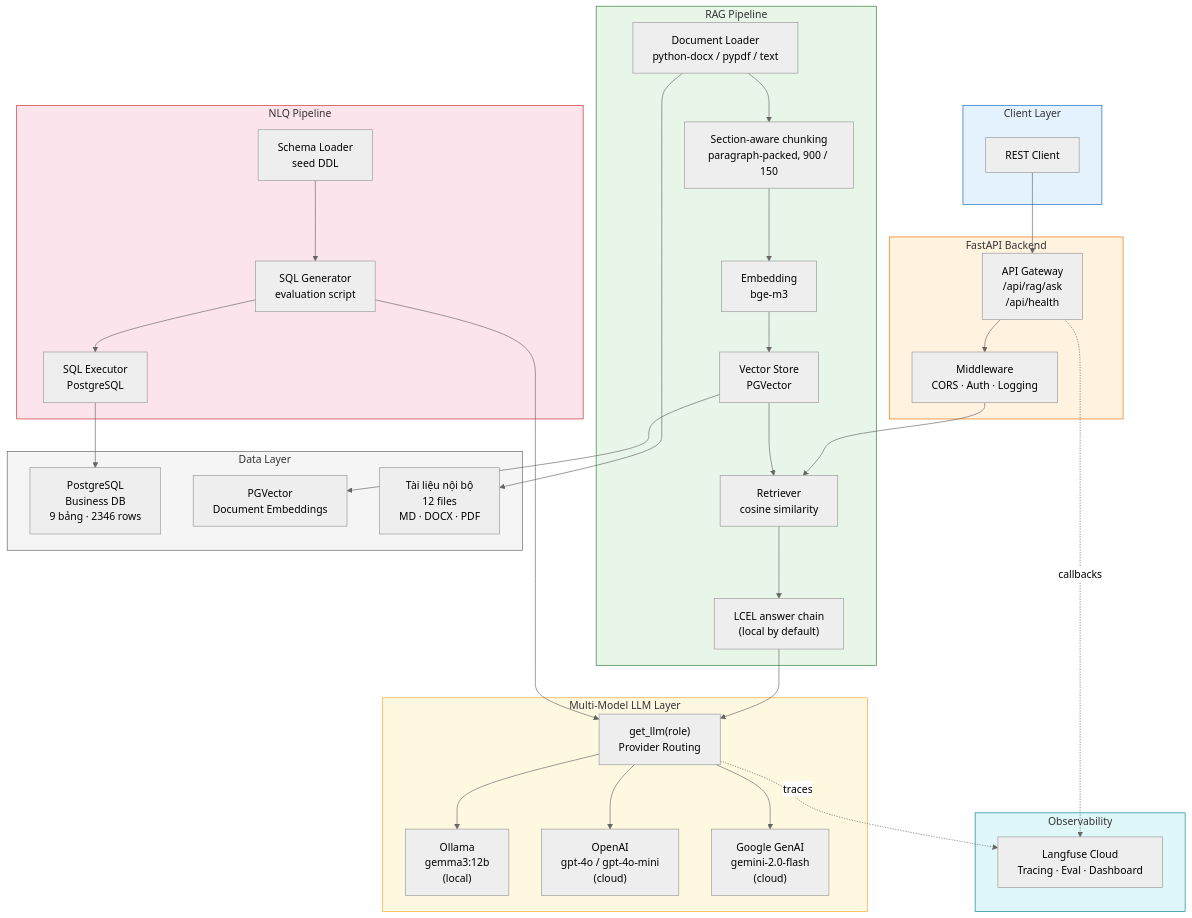
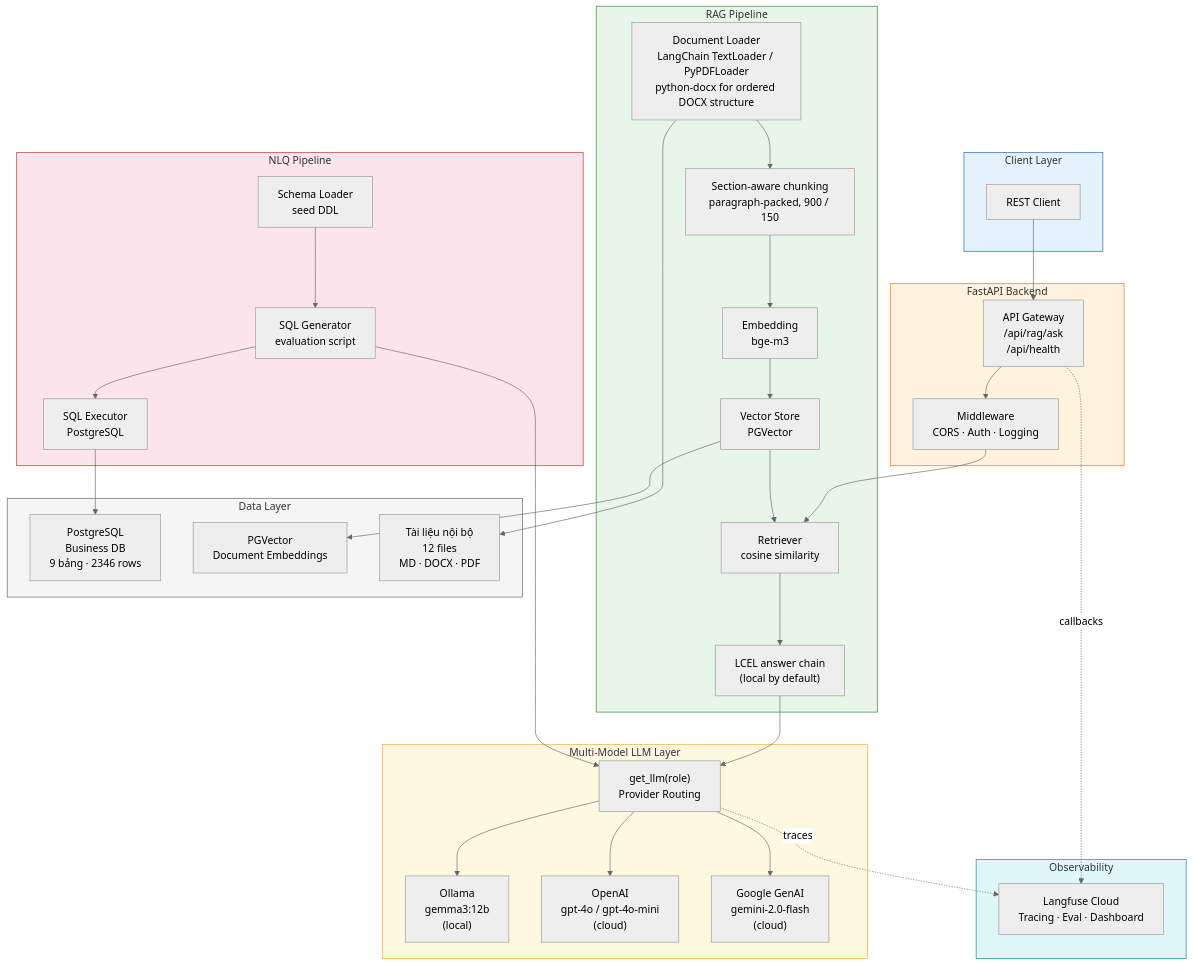
One commit to tranquoctrieu382006-tech/AI-assistant changed the first of 7 diagrams in docs/architecture.md. Above: the diagram before and after it, drawn with Mermaid (neutral theme). The commit also changed other lines of this file and 18 other files, not shown here.

````diff
--- a/docs/architecture.md
+++ b/docs/architecture.md
@@ -18,71 +18,71 @@
 ```mermaid
 flowchart TB
     subgraph Client["Client Layer"]
         UI["REST Client"]
     end
 
     subgraph API["FastAPI Backend"]
         GW["API Gateway\n/api/rag/ask\n/api/health"]
         MW["Middleware\nCORS · Auth · Logging"]
     end
 
     subgraph RAG_Pipeline["RAG Pipeline"]
-        RL["Document Loader\npython-docx / pypdf / text"]
+        RL["Document Loader\nLangChain TextLoader / PyPDFLoader\npython-docx for ordered DOCX structure"]
         SP["Section-aware chunking\nparagraph-packed, 900 / 150"]
         EM["Embedding\nbge-m3"]
         VS["Vector Store\nPGVector"]
         RET["Retriever\ncosine similarity"]
         SYN["LCEL answer chain\n(local by default)"]
     end
 
     subgraph NLQ_Pipeline["NLQ Pipeline"]
         SC["Schema Loader\nseed DDL"]
         SG["SQL Generator\nevaluation script"]
         EX["SQL Executor\nPostgreSQL"]
     end
 
     subgraph LLM_Layer["Multi-Model LLM Layer"]
         LM["get_llm(role)\nProvider Routing"]
         OL["Ollama\ngemma3:12b\n(local)"]
         OA["OpenAI\ngpt-4o / gpt-4o-mini\n(cloud)"]
         GG["Google GenAI\ngemini-2.0-flash\n(cloud)"]
     end
 
     subgraph Observability["Observability"]
         LF["Langfuse Cloud\nTracing · Eval · Dashboard"]
     end
 
     subgraph Data["Data Layer"]
         PG["PostgreSQL\nBusiness DB\n9 bảng · 2346 rows"]
         PGV["PGVector\nDocument Embeddings"]
         DOCS["Tài liệu nội bộ\n12 files\nMD · DOCX · PDF"]
     end
 
     UI --> GW
     GW --> MW --> RET --> SYN
     RL --> SP --> EM --> VS
     VS --> RET
     SC --> SG --> EX
 
     SYN --> LM
     SG --> LM
 
     LM --> OL
     LM --> OA
     LM --> GG
 
     VS --> PGV
     EX --> PG
     RL --> DOCS
 
     GW -.->|"callbacks"| LF
     LM -.->|"traces"| LF
 
     style Client fill:#e3f2fd,stroke:#1565c0
     style API fill:#fff3e0,stroke:#ef6c00
     style RAG_Pipeline fill:#e8f5e9,stroke:#2e7d32
     style NLQ_Pipeline fill:#fce4ec,stroke:#c62828
     style LLM_Layer fill:#fff8e1,stroke:#f9a825
     style Observability fill:#e0f7fa,stroke:#00838f
     style Data fill:#f5f5f5,stroke:#616161
 ```
````
